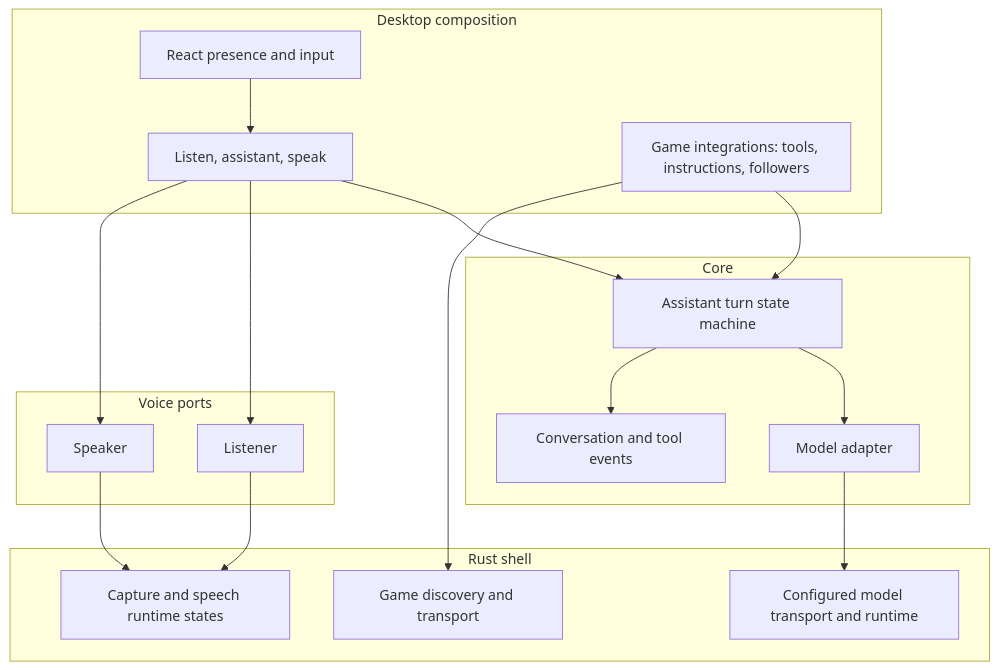
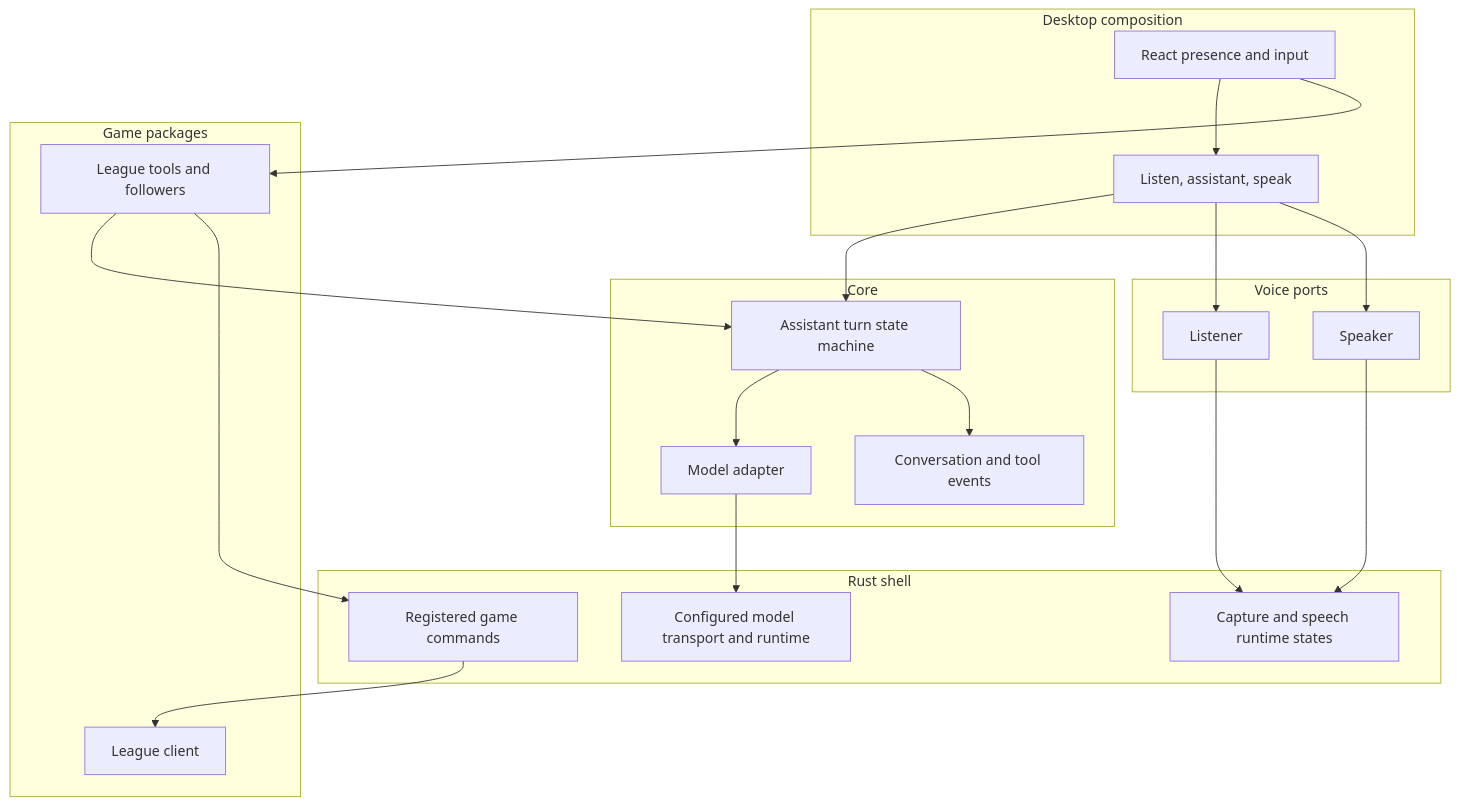
One commit to ItsYuma/Caprice changed the diagram in docs/architecture.md. Above: the diagram before and after it, drawn with Mermaid. The commit also changed other lines of this file and 2 other files, not shown here.

Commit message:
Point the League notes at the game package.
The client and the tools left the desktop package, and the docs still named the old paths.

````diff
--- a/docs/architecture.md
+++ b/docs/architecture.md
@@ -7,33 +7,38 @@
 ```mermaid
 flowchart TB
   subgraph desktop [Desktop composition]
     page[React presence and input]
     turn[Listen, assistant, speak]
-    integrations[Game integrations: tools, instructions, followers]
+  end
+  subgraph gamespkg [Game packages]
+    league[League tools and followers]
+    client[League client]
   end
   subgraph core [Core]
     session[Assistant turn state machine]
     adapter[Model adapter]
     events[Conversation and tool events]
   end
   subgraph voice [Voice ports]
     listen[Listener]
     speak[Speaker]
   end
   subgraph shell [Rust shell]
     model[Configured model transport and runtime]
     speech[Capture and speech runtime states]
-    games[Game discovery and transport]
+    commands[Registered game commands]
   end
   page --> turn
   turn --> session
   turn --> listen
   turn --> speak
-  integrations --> session
-  integrations --> games
+  page --> league
+  league --> session
+  league --> commands
+  commands --> client
   session --> adapter
   session --> events
   adapter --> model
   listen --> speech
   speak --> speech
 ```
````
